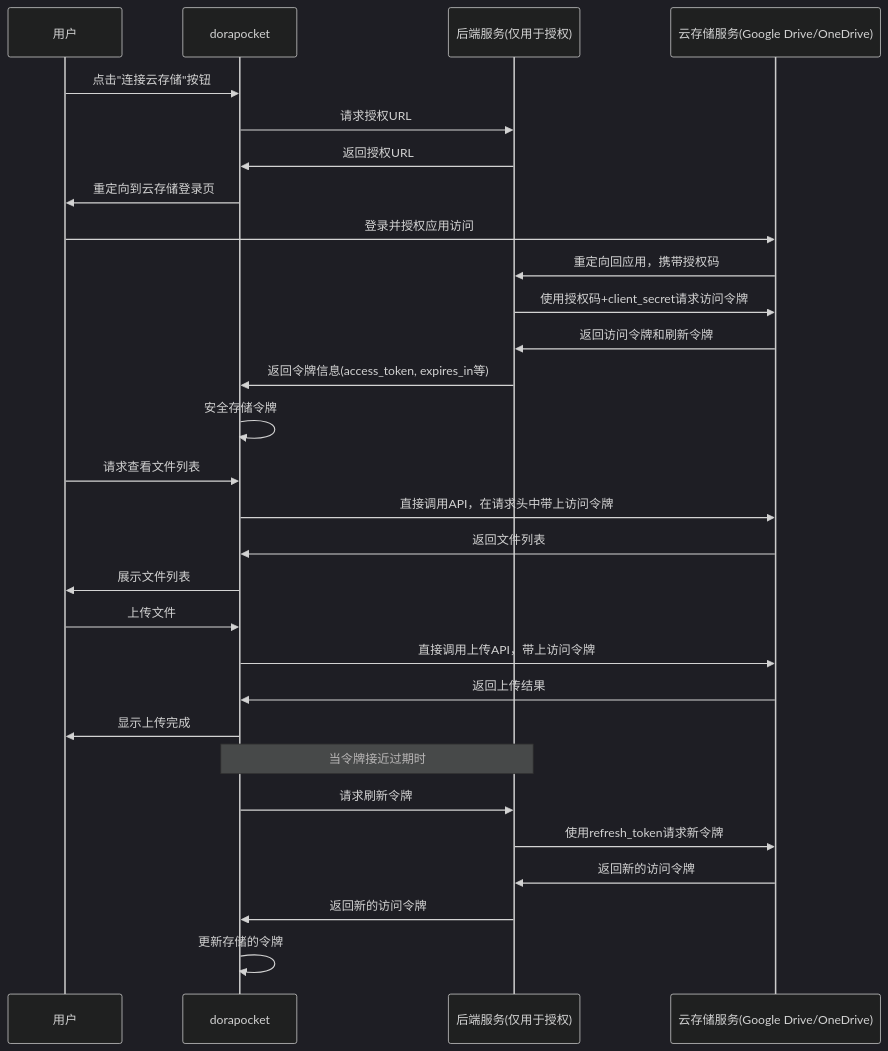
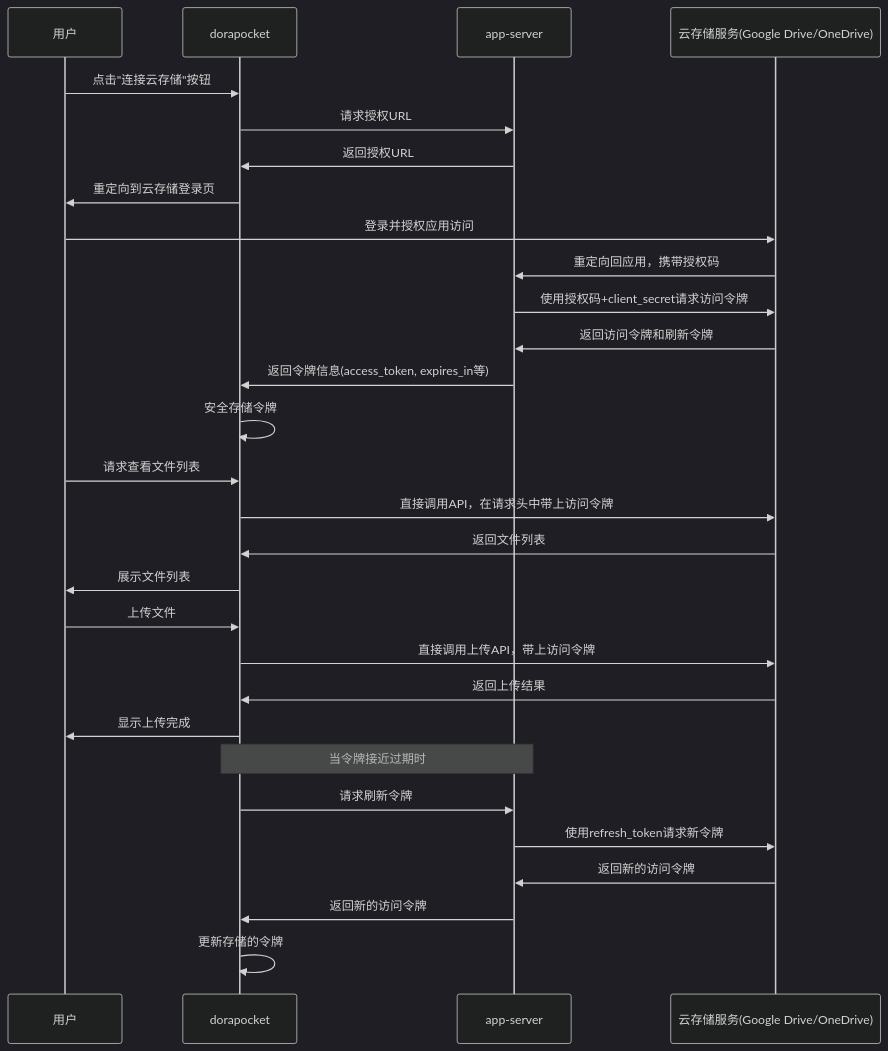
Before and after one commit to yingjianzh/iodraw-files: the diagram in all/未命名-40.md, drawn with Mermaid (dark theme).

Commit message:
2025-04-23 16:08:22 update

````diff
--- a/all/未命名-40.md
+++ b/all/未命名-40.md
@@ -1,42 +1,42 @@
 ```mermaid
 
 sequenceDiagram
     participant 用户
     participant 前端 as dorapocket
-    participant 后端 as 后端服务(仅用于授权)
+    participant 后端 as app-server
     participant 云存储 as 云存储服务(Google Drive/OneDrive)
 
 
     %% 授权阶段 - 需要后端配合
     用户->>前端: 点击"连接云存储"按钮
     前端->>后端: 请求授权URL
     后端->>前端: 返回授权URL
     前端->>用户: 重定向到云存储登录页
     用户->>云存储: 登录并授权应用访问
     云存储->>后端: 重定向回应用，携带授权码
     后端->>云存储: 使用授权码+client_secret请求访问令牌
     云存储->>后端: 返回访问令牌和刷新令牌
     后端->>前端: 返回令牌信息(access_token, expires_in等)
     前端->>前端: 安全存储令牌
 
     %% 使用阶段 - 前端直接调用云存储API
     用户->>前端: 请求查看文件列表
     前端->>云存储: 直接调用API，在请求头中带上访问令牌
     云存储->>前端: 返回文件列表
     前端->>用户: 展示文件列表
 
     %% 上传文件
     用户->>前端: 上传文件
     前端->>云存储: 直接调用上传API，带上访问令牌
     云存储->>前端: 返回上传结果
     前端->>用户: 显示上传完成
 
     %% 令牌刷新 - 仍需后端配合
     note over 前端,后端: 当令牌接近过期时
     前端->>后端: 请求刷新令牌
     后端->>云存储: 使用refresh_token请求新令牌
     云存储->>后端: 返回新的访问令牌
     后端->>前端: 返回新的访问令牌
     前端->>前端: 更新存储的令牌
 
 ```
````
